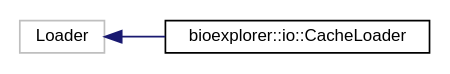
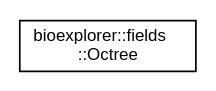
Before and after one commit to BlueBrain/BioExplorer: the diagram in docs/inherit_graph_65.dot, drawn with Graphviz. The commit also changed 458 other files, not shown here.

```diff
--- a/docs/inherit_graph_65.dot
+++ b/docs/inherit_graph_65.dot
@@ -1,10 +1,8 @@
 digraph "Graphical Class Hierarchy"
 {
  // LATEX_PDF_SIZE
   edge [fontname="Helvetica",fontsize="10",labelfontname="Helvetica",labelfontsize="10"];
   node [fontname="Helvetica",fontsize="10",shape=record];
   rankdir="LR";
-  Node88 [label="Loader",height=0.2,width=0.4,color="grey75", fillcolor="white", style="filled",tooltip=" "];
-  Node88 -> Node0 [dir="back",color="midnightblue",fontsize="10",style="solid",fontname="Helvetica"];
-  Node0 [label="bioexplorer::io::CacheLoader",height=0.2,width=0.4,color="black", fillcolor="white", style="filled",URL="$d1/d5f/classbioexplorer_1_1io_1_1CacheLoader.html",tooltip=" "];
+  Node0 [label="bioexplorer::fields\l::Octree",height=0.2,width=0.4,color="black", fillcolor="white", style="filled",URL="$dc/d5a/classbioexplorer_1_1fields_1_1Octree.html",tooltip="The Octree class implements the Octree acceleration structure used by the FieldsRenderer class to ren..."];
 }
```
